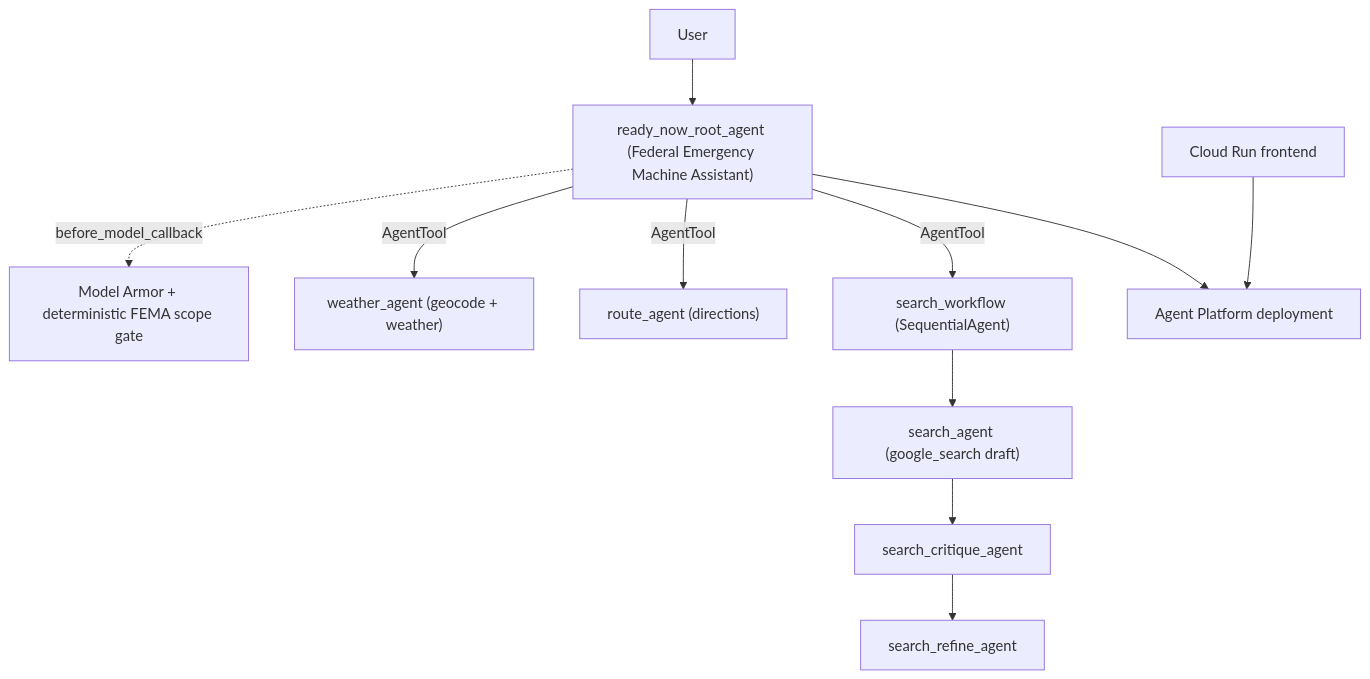
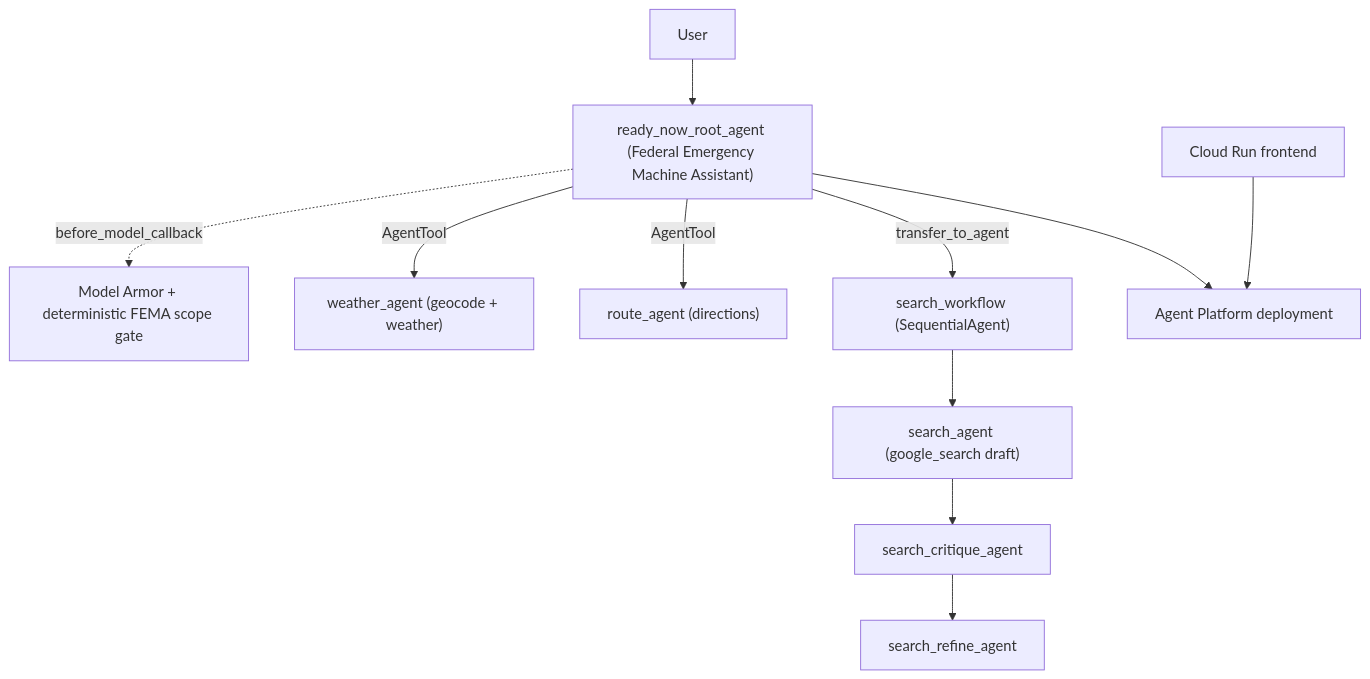
Before and after one commit to olorinhill/agent-dev-skills-workshop-david: the diagram in challenge-6/README.md, drawn with Mermaid. The commit also changed other lines of this file and 1 other file, not shown here.

````diff
--- a/challenge-6/README.md
+++ b/challenge-6/README.md
@@ -30,11 +30,11 @@
 ```mermaid
 flowchart TD
     user[User] --> root["ready_now_root_agent (Federal Emergency Machine Assistant)"]
     root -. before_model_callback .-> guard["Model Armor + deterministic FEMA scope gate"]
     root -->|AgentTool| weather["weather_agent (geocode + weather)"]
     root -->|AgentTool| route["route_agent (directions)"]
-    root -->|AgentTool| sw["search_workflow (SequentialAgent)"]
+    root -->|transfer_to_agent| sw["search_workflow (SequentialAgent)"]
     sw --> sd["search_agent (google_search draft)"] --> sc["search_critique_agent"] --> sr["search_refine_agent"]
     root --> platform["Agent Platform deployment"]
     frontend["Cloud Run frontend"] --> platform
 ```
````
